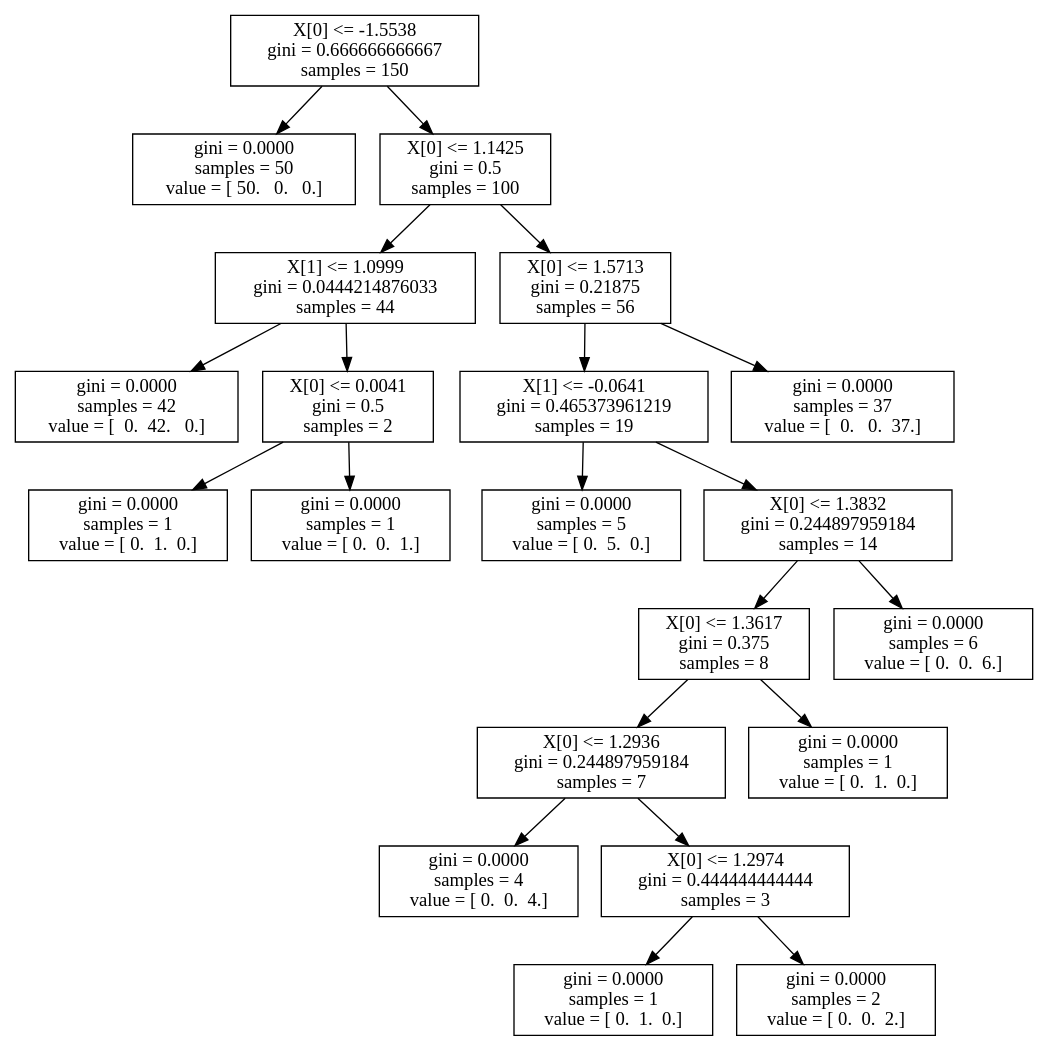
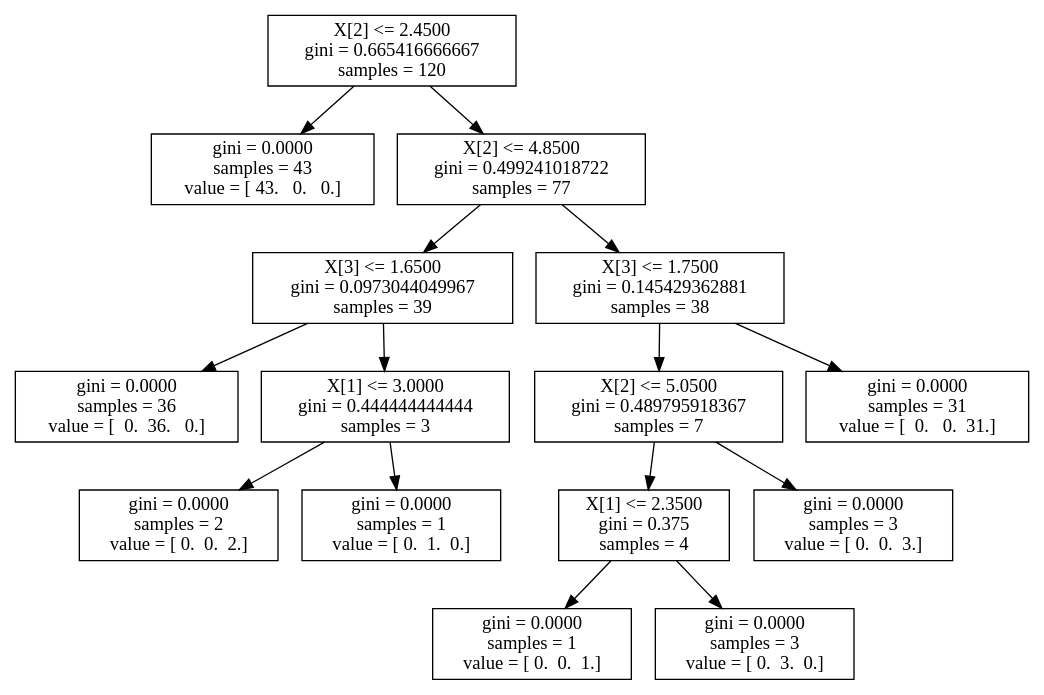
Before and after one commit to takashi-miyamoto-naviplus/spml4dm: the diagram in 4/iris.dot, drawn with Graphviz. The commit also changed 2 other files, not shown here.

```diff
--- a/4/iris.dot
+++ b/4/iris.dot
@@ -1,43 +1,31 @@
 digraph Tree {
-0 [label="X[0] <= -1.5538\ngini = 0.666666666667\nsamples = 150", shape="box"] ;
-1 [label="gini = 0.0000\nsamples = 50\nvalue = [ 50.   0.   0.]", shape="box"] ;
+0 [label="X[2] <= 2.4500\ngini = 0.665416666667\nsamples = 120", shape="box"] ;
+1 [label="gini = 0.0000\nsamples = 43\nvalue = [ 43.   0.   0.]", shape="box"] ;
 0 -> 1 ;
-2 [label="X[0] <= 1.1425\ngini = 0.5\nsamples = 100", shape="box"] ;
+2 [label="X[2] <= 4.8500\ngini = 0.499241018722\nsamples = 77", shape="box"] ;
 0 -> 2 ;
-3 [label="X[1] <= 1.0999\ngini = 0.0444214876033\nsamples = 44", shape="box"] ;
+3 [label="X[3] <= 1.6500\ngini = 0.0973044049967\nsamples = 39", shape="box"] ;
 2 -> 3 ;
-4 [label="gini = 0.0000\nsamples = 42\nvalue = [  0.  42.   0.]", shape="box"] ;
+4 [label="gini = 0.0000\nsamples = 36\nvalue = [  0.  36.   0.]", shape="box"] ;
 3 -> 4 ;
-5 [label="X[0] <= 0.0041\ngini = 0.5\nsamples = 2", shape="box"] ;
+5 [label="X[1] <= 3.0000\ngini = 0.444444444444\nsamples = 3", shape="box"] ;
 3 -> 5 ;
-6 [label="gini = 0.0000\nsamples = 1\nvalue = [ 0.  1.  0.]", shape="box"] ;
+6 [label="gini = 0.0000\nsamples = 2\nvalue = [ 0.  0.  2.]", shape="box"] ;
 5 -> 6 ;
-7 [label="gini = 0.0000\nsamples = 1\nvalue = [ 0.  0.  1.]", shape="box"] ;
+7 [label="gini = 0.0000\nsamples = 1\nvalue = [ 0.  1.  0.]", shape="box"] ;
 5 -> 7 ;
-8 [label="X[0] <= 1.5713\ngini = 0.21875\nsamples = 56", shape="box"] ;
+8 [label="X[3] <= 1.7500\ngini = 0.145429362881\nsamples = 38", shape="box"] ;
 2 -> 8 ;
-9 [label="X[1] <= -0.0641\ngini = 0.465373961219\nsamples = 19", shape="box"] ;
+9 [label="X[2] <= 5.0500\ngini = 0.489795918367\nsamples = 7", shape="box"] ;
 8 -> 9 ;
-10 [label="gini = 0.0000\nsamples = 5\nvalue = [ 0.  5.  0.]", shape="box"] ;
+10 [label="X[1] <= 2.3500\ngini = 0.375\nsamples = 4", shape="box"] ;
 9 -> 10 ;
-11 [label="X[0] <= 1.3832\ngini = 0.244897959184\nsamples = 14", shape="box"] ;
-9 -> 11 ;
-12 [label="X[0] <= 1.3617\ngini = 0.375\nsamples = 8", shape="box"] ;
-11 -> 12 ;
-13 [label="X[0] <= 1.2936\ngini = 0.244897959184\nsamples = 7", shape="box"] ;
-12 -> 13 ;
-14 [label="gini = 0.0000\nsamples = 4\nvalue = [ 0.  0.  4.]", shape="box"] ;
-13 -> 14 ;
-15 [label="X[0] <= 1.2974\ngini = 0.444444444444\nsamples = 3", shape="box"] ;
-13 -> 15 ;
-16 [label="gini = 0.0000\nsamples = 1\nvalue = [ 0.  1.  0.]", shape="box"] ;
-15 -> 16 ;
-17 [label="gini = 0.0000\nsamples = 2\nvalue = [ 0.  0.  2.]", shape="box"] ;
-15 -> 17 ;
-18 [label="gini = 0.0000\nsamples = 1\nvalue = [ 0.  1.  0.]", shape="box"] ;
-12 -> 18 ;
-19 [label="gini = 0.0000\nsamples = 6\nvalue = [ 0.  0.  6.]", shape="box"] ;
-11 -> 19 ;
-20 [label="gini = 0.0000\nsamples = 37\nvalue = [  0.   0.  37.]", shape="box"] ;
-8 -> 20 ;
+11 [label="gini = 0.0000\nsamples = 1\nvalue = [ 0.  0.  1.]", shape="box"] ;
+10 -> 11 ;
+12 [label="gini = 0.0000\nsamples = 3\nvalue = [ 0.  3.  0.]", shape="box"] ;
+10 -> 12 ;
+13 [label="gini = 0.0000\nsamples = 3\nvalue = [ 0.  0.  3.]", shape="box"] ;
+9 -> 13 ;
+14 [label="gini = 0.0000\nsamples = 31\nvalue = [  0.   0.  31.]", shape="box"] ;
+8 -> 14 ;
 }
```
